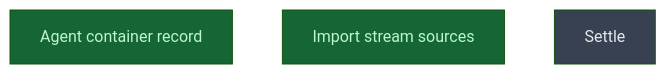
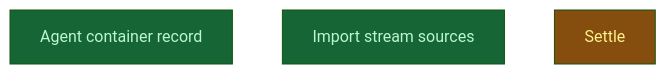
Before and after one commit to CrackingShells/Candler: the diagram in __roadmap__/v1-review-code-gaps/README.md, drawn with Mermaid (forest theme). The commit also changed other lines of this file and 1 other file, not shown here.

Commit message:
rdm(isolation): start level 1 of the v1 review code gaps

````diff
--- a/__roadmap__/v1-review-code-gaps/README.md
+++ b/__roadmap__/v1-review-code-gaps/README.md
@@ -52,11 +52,11 @@
 ```mermaid
 graph TD
     agent_container_record[Agent container record]:::done
     import_stream_sources[Import stream sources]:::done
-    settle[Settle]:::planned
+    settle[Settle]:::inprogress
     classDef done       fill:#166534,color:#bbf7d0
     classDef inprogress fill:#854d0e,color:#fef08a
     classDef planned    fill:#374151,color:#e5e7eb
     classDef amendment  fill:#1e3a5f,color:#bfdbfe
     classDef blocked    fill:#7f1d1d,color:#fecaca
 ```
````
